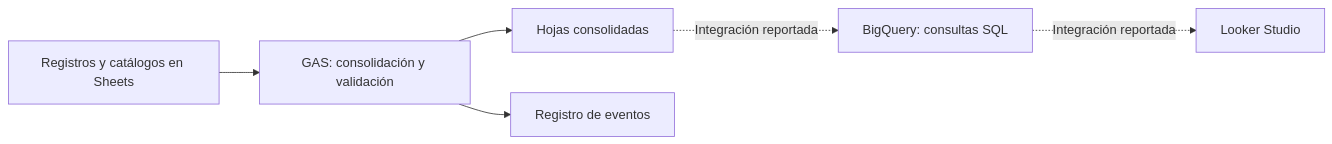
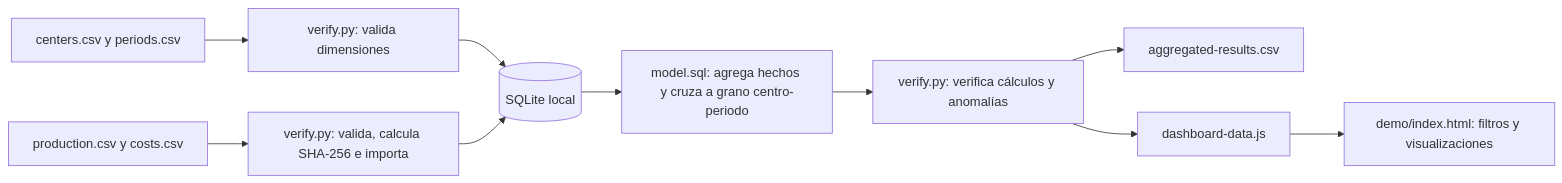
Before and after one commit to Hmhn2525/data-warehouse-agricola: the diagram in docs/architecture.md, drawn with Mermaid. The commit also changed other lines of this file and 15 other files, not shown here.

````diff
--- a/docs/architecture.md
+++ b/docs/architecture.md
@@ -5,8 +5,12 @@
 ```mermaid
 flowchart LR
-  A[Registros y catálogos en Sheets] --> B[GAS: consolidación y validación]
-  B --> C[Hojas consolidadas]
-  C -. Integración reportada .-> D[BigQuery: consultas SQL]
-  D -. Integración reportada .-> E[Looker Studio]
-  B --> F[Registro de eventos]
+  A[centers.csv y periods.csv] --> B[verify.py: valida dimensiones]
+  C[production.csv y costs.csv] --> D[verify.py: valida, calcula SHA-256 e importa]
+  B --> E[(SQLite local)]
+  D --> E
+  E --> F[model.sql: agrega hechos y cruza a grano centro-periodo]
+  F --> G[verify.py: verifica cálculos y anomalías]
+  G --> H[aggregated-results.csv]
+  G --> I[dashboard-data.js]
+  I --> J[demo/index.html: filtros y visualizaciones]
 ```
````
